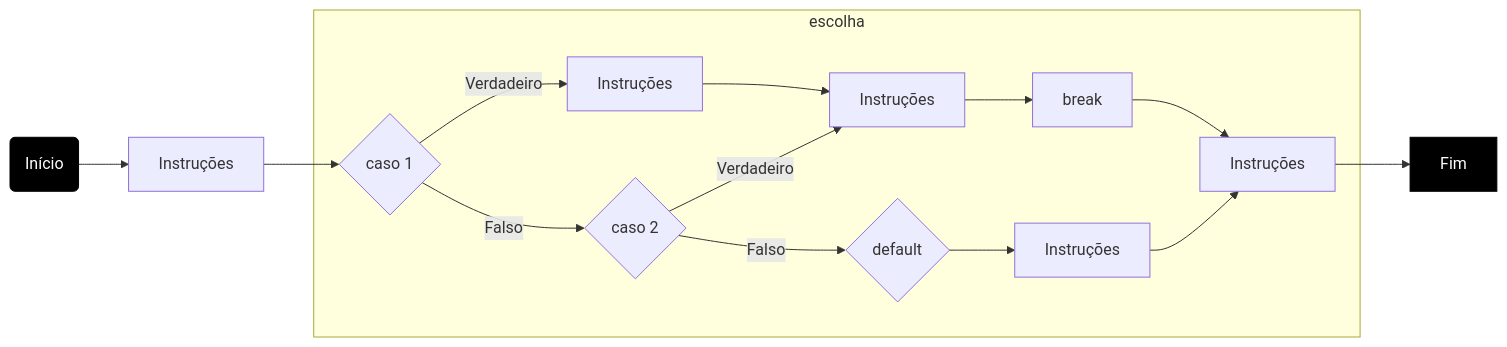
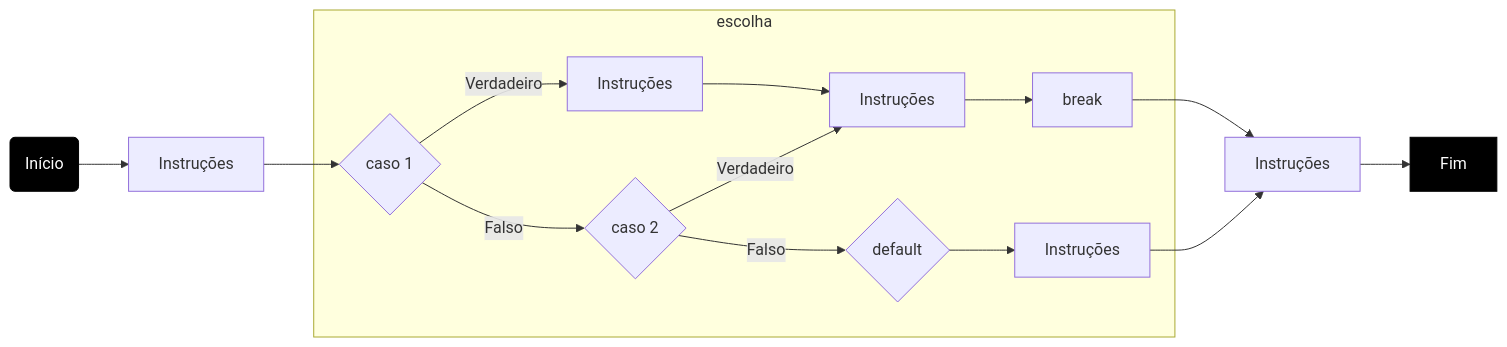
Before and after one commit to yuriMartinst/linguagem-java: the fifth of 9 diagrams in 08.md, drawn with Mermaid. The commit also changed other lines of this file, not shown here.

````diff
--- a/08.md
+++ b/08.md
@@ -121,20 +121,20 @@
 ```mermaid
 flowchart LR
     inicio(Início) --> A
     A[Instruções] --> C{caso 1}
     subgraph escolha
     C -->|Verdadeiro| D[Instruções]
     C -->|Falso| F{caso 2}
     D --> H
     F -->|Verdadeiro| H[Instruções]
     H --> HB[break]
-    HB --> G[Instruções]
     F -->|Falso| F2{default}
     F2 --> f3[Instruções]
     end
+    HB --> G[Instruções]
     f3 --> G[Instruções]
     G --> fim[Fim]
 
 style inicio fill:#000,stroke:#000,color:#fff
 style fim fill:#000,stroke:#000,color:#fff
 ```
````
